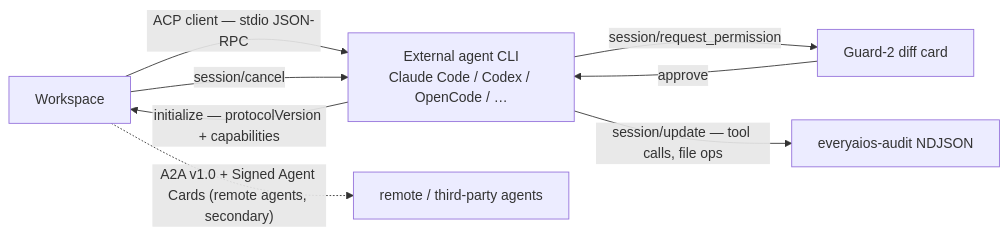
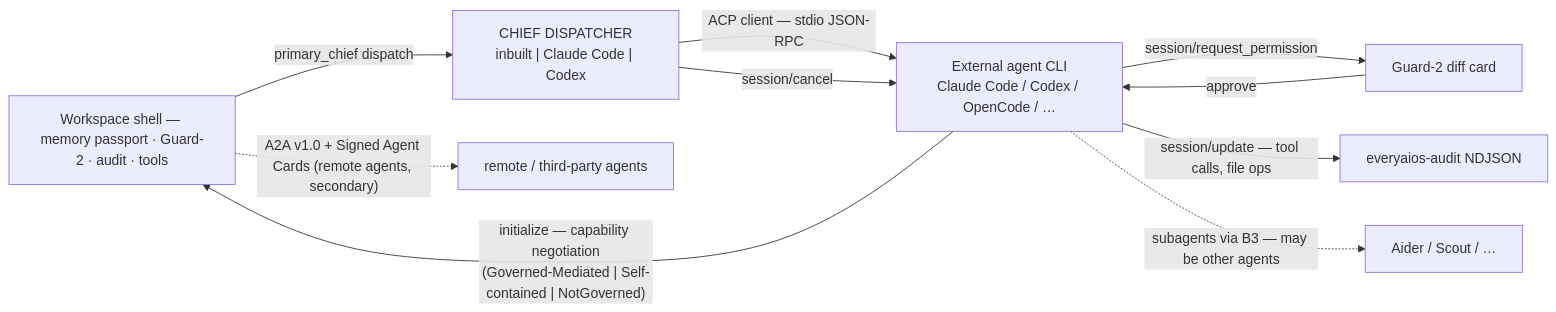
One commit to sarv-projects/EveryAIOS changed the seventh of 9 diagrams in DESKTOP-APP-SPEC.md. Above: the diagram before and after it, drawn with Mermaid. The commit also changed other lines of this file and 8 other files, not shown here.

First line of the commit message:
Finalize spec v3.49: Dynamic Chief + perf queue + protocol corrections + contract-only spec

````diff
--- a/DESKTOP-APP-SPEC.md
+++ b/DESKTOP-APP-SPEC.md
@@ -584,10 +653,12 @@
 ```mermaid
 flowchart LR
-    WS["Workspace"] -->|"ACP client — stdio JSON-RPC"| ACP["External agent CLI<br/>Claude Code / Codex / OpenCode / …"]
-    ACP -->|"initialize — protocolVersion + capabilities"| WS
+    WS["Workspace shell — memory passport · Guard-2 · audit · tools"] -->|"primary_chief dispatch"| CHIEF["CHIEF DISPATCHER<br/>inbuilt | Claude Code | Codex"]
+    CHIEF -->|"ACP client — stdio JSON-RPC"| ACP["External agent CLI<br/>Claude Code / Codex / OpenCode / …"]
+    ACP -->|"initialize — capability negotiation<br/>(Governed-Mediated | Self-contained | NotGoverned)"| WS
     ACP -->|"session/request_permission"| G2["Guard-2 diff card"]
     G2 -->|"approve"| ACP
     ACP -->|"session/update — tool calls, file ops"| AUDIT["everyaios-audit NDJSON"]
-    WS -->|"session/cancel"| ACP
+    CHIEF -->|"session/cancel"| ACP
+    ACP -.->|"subagents via B3 — may be other agents"| SUB["Aider / Scout / …"]
     WS -.->|"A2A v1.0 + Signed Agent Cards (remote agents, secondary)"| REMOTE["remote / third-party agents"]
 ```
````
